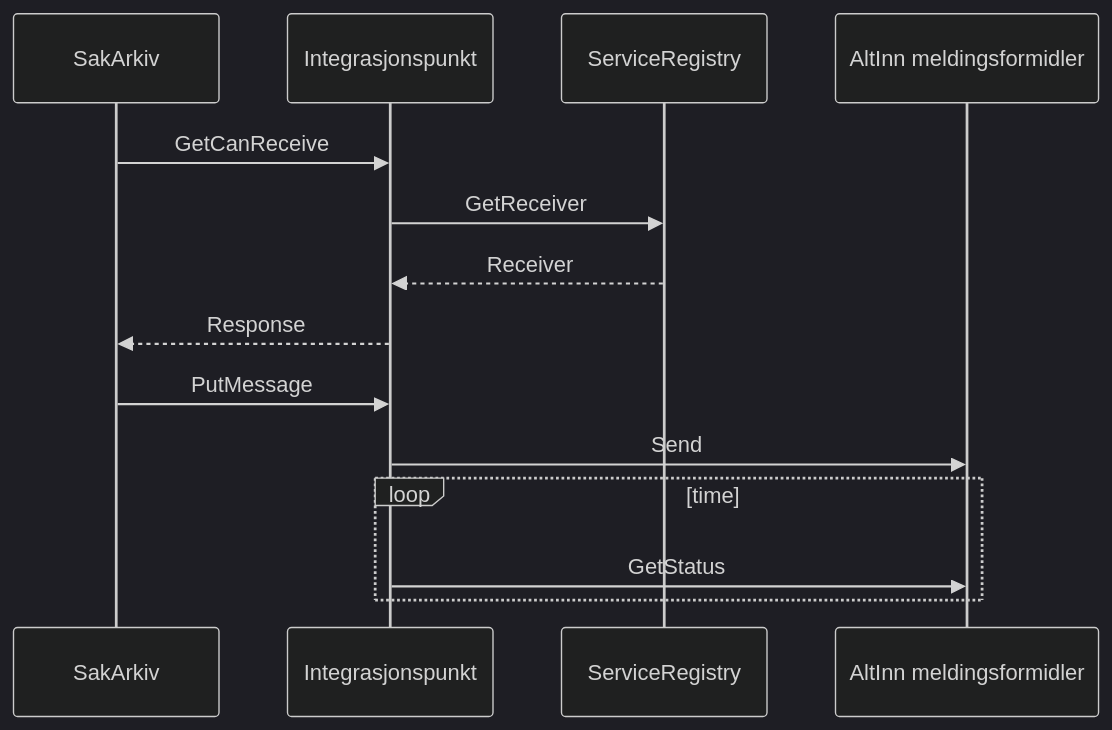
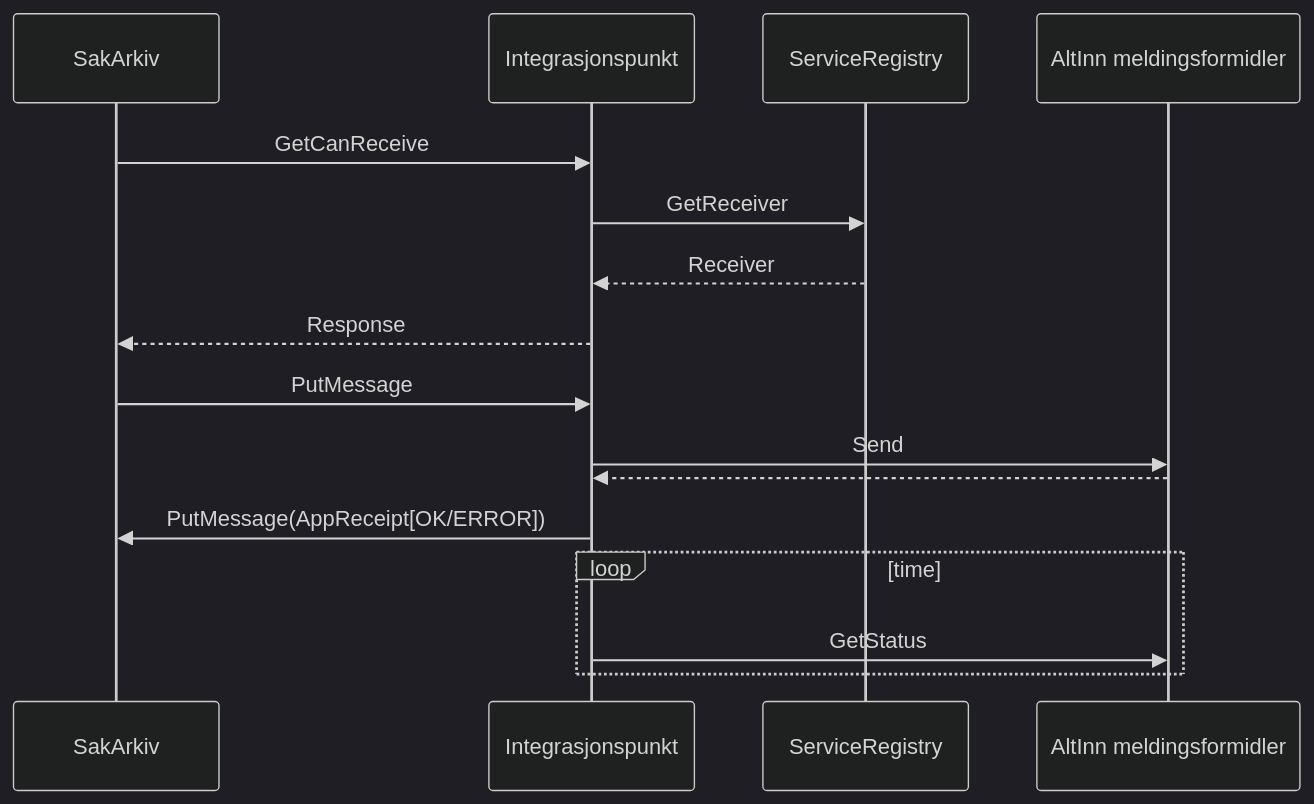
The third of 9 diagrams in pages/Integrasjonspunktet/messagetypes.md (difi/eformidling), drawn with Mermaid (dark theme) before and after one commit. The commit also changed other lines of this file, not shown here.

```diff
--- a/pages/Integrasjonspunktet/messagetypes.md
+++ b/pages/Integrasjonspunktet/messagetypes.md
@@ -99,17 +99,19 @@
 <div class="mermaid">
 sequenceDiagram
     participant fs as SakArkiv
     participant ipa as Integrasjonspunkt 
     participant sr as ServiceRegistry
     participant mf as AltInn meldingsformidler
 
     fs->>ipa: GetCanReceive
     ipa->>sr: GetReceiver
     sr-->>ipa: Receiver
     ipa-->>fs : Response
     fs ->>ipa: PutMessage
     ipa->>mf: Send
+    mf-->>ipa: 
+    ipa->>fs: PutMessage(AppReceipt[OK/ERROR])
     loop time
         ipa->>mf: GetStatus
     end
 </div>
```
